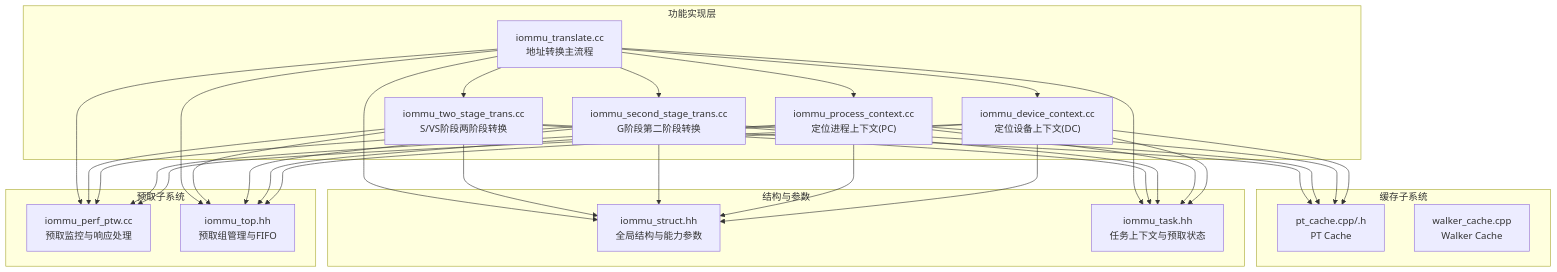
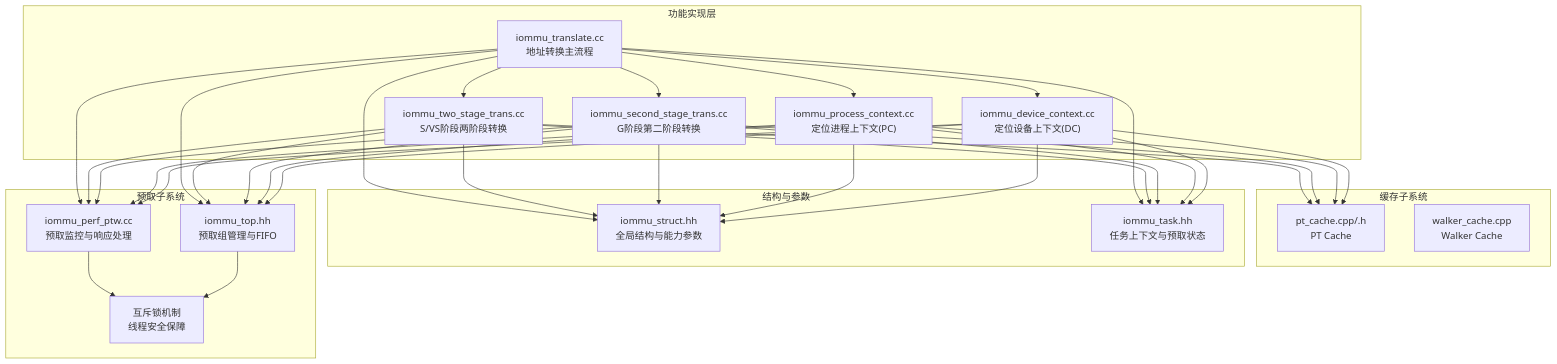
One commit to jiangjiang1122/iommu_model_20260401_v1 changed the first of 8 diagrams in .qoder/repowiki/zh/content/流水线设计/地址转换阶段.md. Above: the diagram before and after it, drawn with Mermaid. The commit also changed other lines of this file and 186 other files, not shown here.

````diff
--- a/.qoder/repowiki/zh/content/流水线设计/地址转换阶段.md
+++ b/.qoder/repowiki/zh/content/流水线设计/地址转换阶段.md
@@ -58,50 +61,53 @@
 ```mermaid
 graph TB
 subgraph "功能实现层"
 A["iommu_translate.cc<br/>地址转换主流程"]
 B["iommu_two_stage_trans.cc<br/>S/VS阶段两阶段转换"]
 C["iommu_second_stage_trans.cc<br/>G阶段第二阶段转换"]
 D["iommu_process_context.cc<br/>定位进程上下文(PC)"]
 E["iommu_device_context.cc<br/>定位设备上下文(DC)"]
 end
 subgraph "缓存子系统"
 F["pt_cache.cpp/.h<br/>PT Cache"]
 G["walker_cache.cpp<br/>Walker Cache"]
 end
 subgraph "结构与参数"
 H["iommu_struct.hh<br/>全局结构与能力参数"]
 I["iommu_task.hh<br/>任务上下文与预取状态"]
 end
 subgraph "预取子系统"
 J["iommu_perf_ptw.cc<br/>预取监控与响应处理"]
 K["iommu_top.hh<br/>预取组管理与FIFO"]
+L["互斥锁机制<br/>线程安全保障"]
 end
 A --> B
 A --> C
 A --> D
 A --> E
 B --> F
 C --> F
 D --> F
 E --> F
 A --> H
 B --> H
 C --> H
 D --> H
 E --> H
 A --> I
 B --> I
 C --> I
 D --> I
 E --> I
 A --> J
 B --> J
 C --> J
 D --> J
 E --> J
 A --> K
 B --> K
 C --> K
 D --> K
 E --> K
+J --> L
+K --> L
 ```
````
